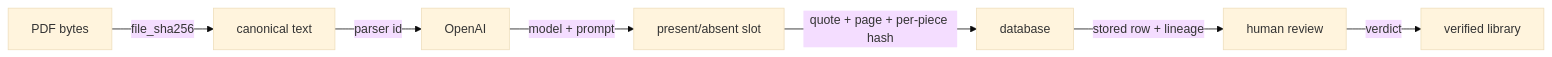
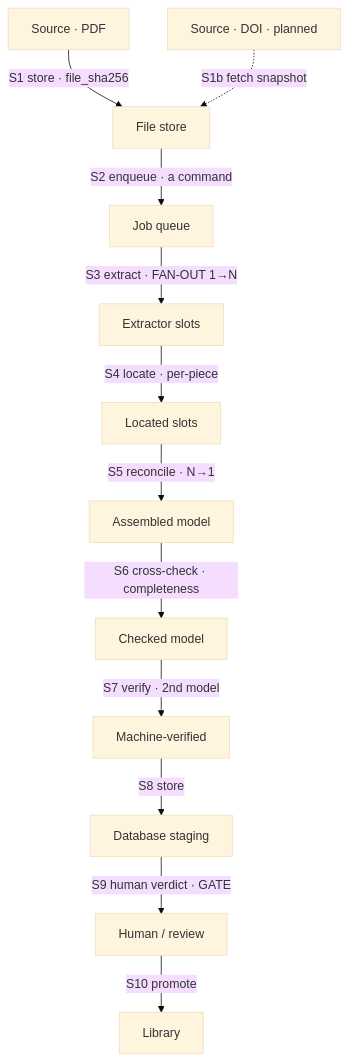
Before and after one commit to Lizo-RoadTown/sde-extraction: the diagram in apps/docs/src/content/docs/explanation/observability.md, drawn with Mermaid (base theme). The commit also changed other lines of this file and 4 other files, not shown here.

````diff
--- a/apps/docs/src/content/docs/explanation/observability.md
+++ b/apps/docs/src/content/docs/explanation/observability.md
@@ -19,9 +44,14 @@
 ```mermaid
-flowchart LR
-    A[PDF bytes] -->|file_sha256| B[canonical text]
-    B -->|parser id| C[OpenAI]
-    C -->|model + prompt| D[present/absent slot]
-    D -->|quote + page + per-piece hash| E[database]
-    E -->|stored row + lineage| F[human review]
-    F -->|verdict| G[verified library]
+flowchart TB
+    SRC[Source · PDF] -->|S1 store · file_sha256| FS[File store]
+    DOI[Source · DOI · planned] -.->|S1b fetch snapshot| FS
+    FS -->|S2 enqueue · a command| Q[Job queue]
+    Q -->|"S3 extract · FAN-OUT 1→N"| EX[Extractor slots]
+    EX -->|S4 locate · per-piece| LOC[Located slots]
+    LOC -->|S5 reconcile · N→1| MOD[Assembled model]
+    MOD -->|S6 cross-check · completeness| CHK[Checked model]
+    CHK -->|S7 verify · 2nd model| MV[Machine-verified]
+    MV -->|S8 store| DB[Database staging]
+    DB -->|S9 human verdict · GATE| HU[Human / review]
+    HU -->|S10 promote| LIB[Library]
 ```
````
